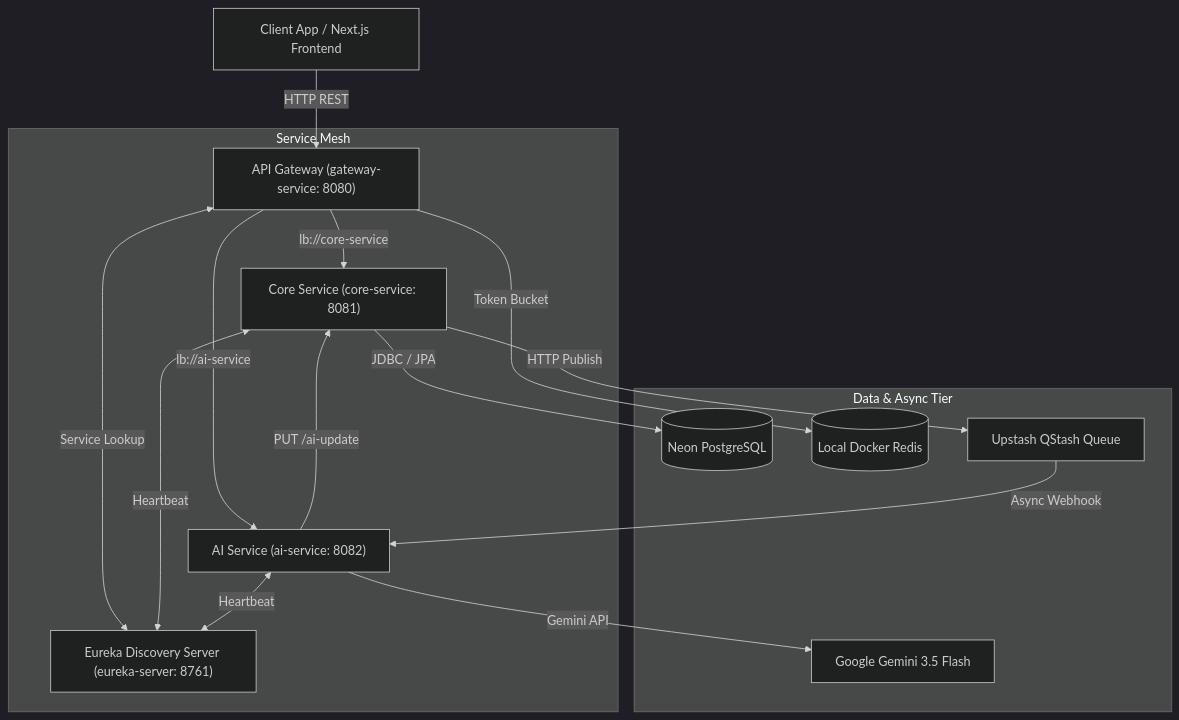
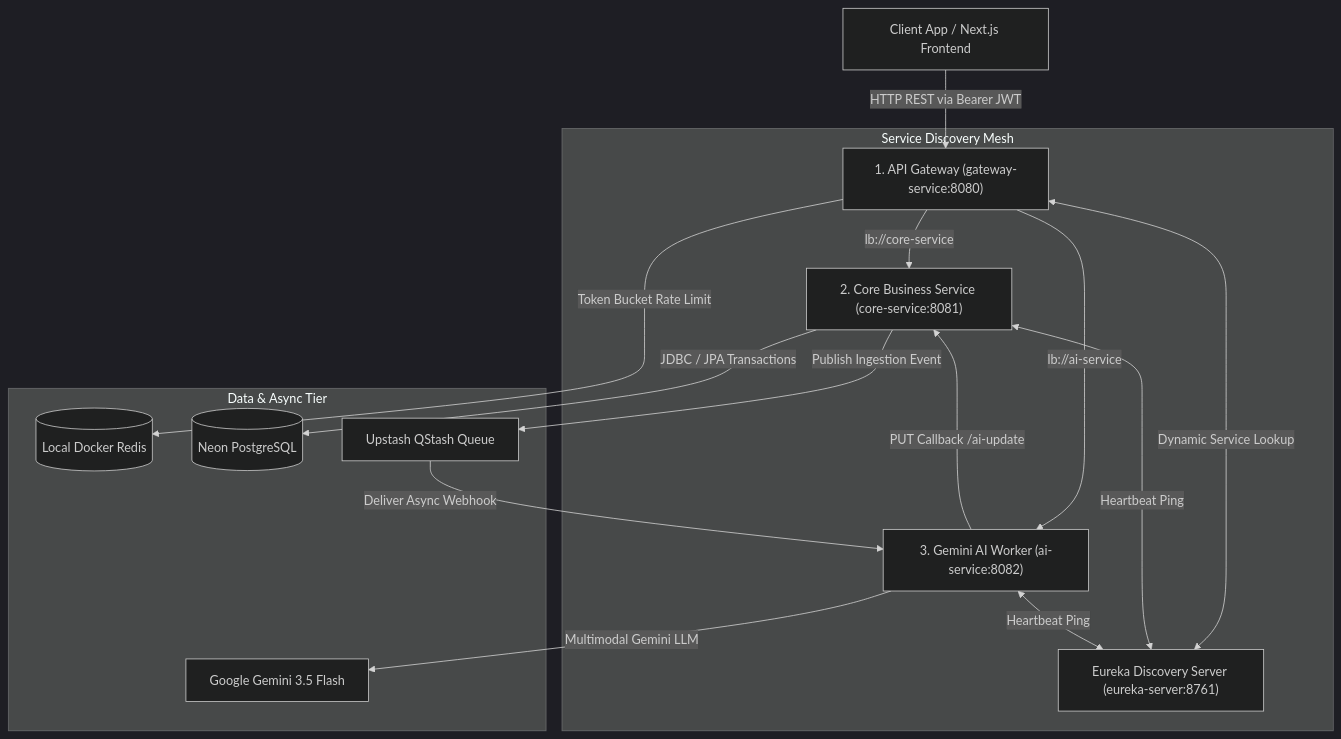
The first of 2 diagrams in connecting-dots-backend/BACKEND_ARCHITECTURE.md (Aditya-Kayasth/Connecting-Dots), drawn with Mermaid (dark theme) before and after one commit. The commit also changed other lines of this file and 5 other files, not shown here.

Commit message:
docs: restructure service READMEs with formal visual diagrams, 2-stage concepts, and clean GFM formatting

````diff
--- a/connecting-dots-backend/BACKEND_ARCHITECTURE.md
+++ b/connecting-dots-backend/BACKEND_ARCHITECTURE.md
@@ -64,22 +11,22 @@
 ```mermaid
 graph TD
-    Client["Client App / Next.js Frontend"] -->|HTTP REST| GW["API Gateway (gateway-service: 8080)"]
-
-    subgraph Service Mesh
-        Eureka["Eureka Discovery Server (eureka-server: 8761)"]
-        GW <-->|Service Lookup| Eureka
-        GW -->|lb://core-service| CS["Core Service (core-service: 8081)"]
-        GW -->|lb://ai-service| AI["AI Service (ai-service: 8082)"]
-        CS <-->|Heartbeat| Eureka
-        AI <-->|Heartbeat| Eureka
+    Client["Client App / Next.js Frontend"] -->|HTTP REST via Bearer JWT| GW["1. API Gateway (gateway-service:8080)"]
+    
+    subgraph Service Discovery Mesh
+        Eureka["Eureka Discovery Server (eureka-server:8761)"]
+        GW <-->|Dynamic Service Lookup| Eureka
+        GW -->|lb://core-service| CS["2. Core Business Service (core-service:8081)"]
+        GW -->|lb://ai-service| AI["3. Gemini AI Worker (ai-service:8082)"]
+        CS <-->|Heartbeat Ping| Eureka
+        AI <-->|Heartbeat Ping| Eureka
     end
 
     subgraph Data & Async Tier
-        CS -->|JDBC / JPA| DB[("Neon PostgreSQL")]
-        GW -->|Token Bucket| Redis[("Local Docker Redis")]
-        CS -->|HTTP Publish| QStash["Upstash QStash Queue"]
-        QStash -->|Async Webhook| AI
-        AI -->|Gemini API| Gemini["Google Gemini 3.5 Flash"]
-        AI -->|PUT /ai-update| CS
+        GW -->|Token Bucket Rate Limit| Redis[("Local Docker Redis")]
+        CS -->|JDBC / JPA Transactions| DB[("Neon PostgreSQL")]
+        CS -->|Publish Ingestion Event| QStash["Upstash QStash Queue"]
+        QStash -->|Deliver Async Webhook| AI
+        AI -->|Multimodal Gemini LLM| Gemini["Google Gemini 3.5 Flash"]
+        AI -->|PUT Callback /ai-update| CS
     end
 ```
````
